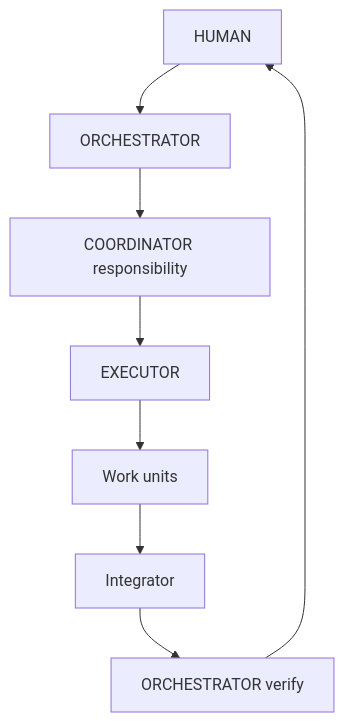
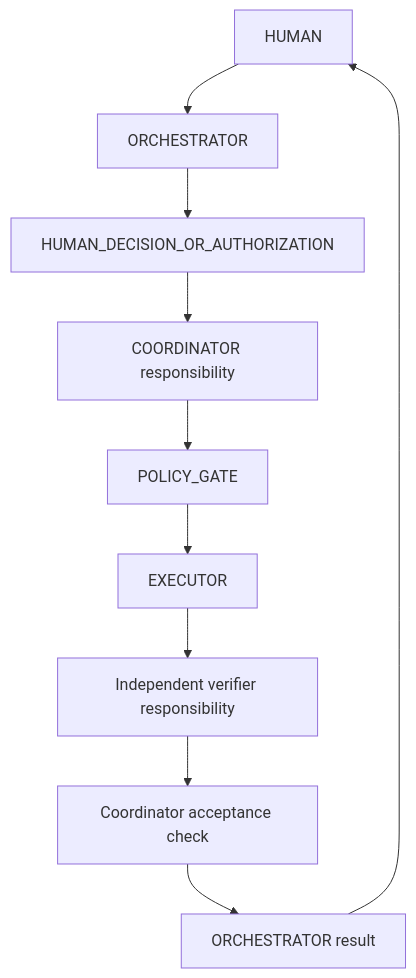
The second of 8 diagrams in PORTFOLIO.ARCHITECTURE/WINGS4.HUMAN_AI.WORKFLOW.FOUNDATION.md (PSM44/wings4.0), drawn with Mermaid before and after one commit. The commit also changed other lines of this file and 5 other files, not shown here.

Commit message:
20260822.133100_W4_Governance_Spanish_Roadmap_And_Acceptance

````diff
--- a/PORTFOLIO.ARCHITECTURE/WINGS4.HUMAN_AI.WORKFLOW.FOUNDATION.md
+++ b/PORTFOLIO.ARCHITECTURE/WINGS4.HUMAN_AI.WORKFLOW.FOUNDATION.md
@@ -129,11 +128,13 @@
 ```mermaid
 flowchart TD
   H[HUMAN]
   O1[ORCHESTRATOR]
+  HD[HUMAN_DECISION_OR_AUTHORIZATION]
   C[COORDINATOR responsibility]
+  P[POLICY_GATE]
   E[EXECUTOR]
-  W[Work units]
-  I[Integrator]
-  O2[ORCHESTRATOR verify]
-  H --> O1 --> C --> E --> W --> I --> O2 --> H
+  V[Independent verifier responsibility]
+  A[Coordinator acceptance check]
+  O2[ORCHESTRATOR result]
+  H --> O1 --> HD --> C --> P --> E --> V --> A --> O2 --> H
 ```
````
